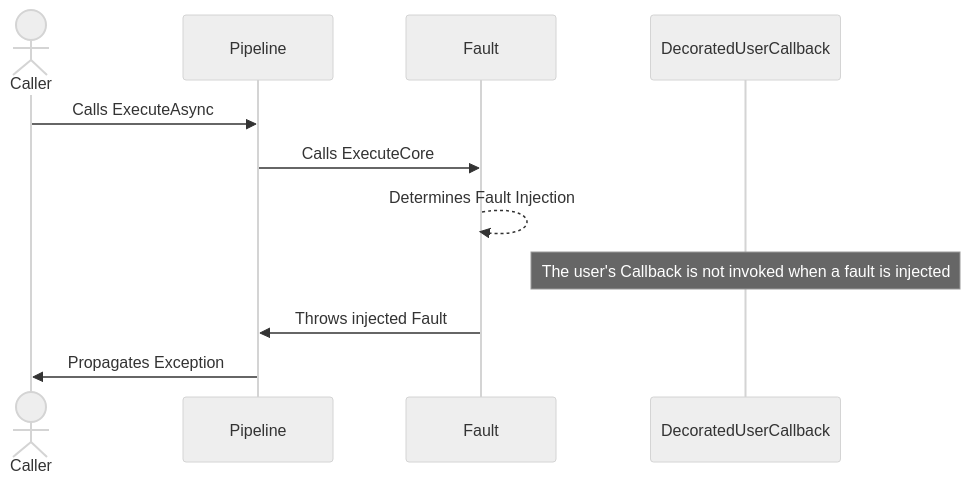
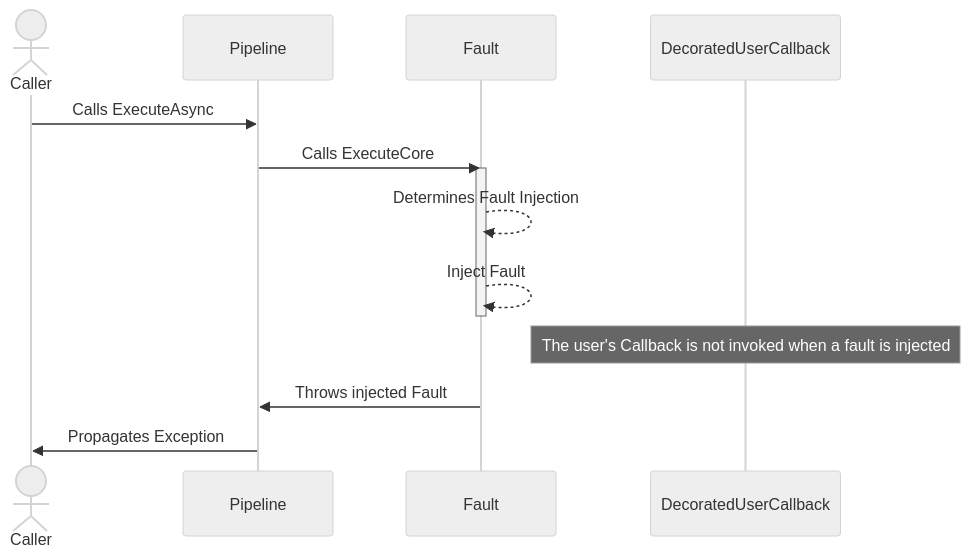
Before and after one commit to App-vNext/Polly: the second of 2 diagrams in docs/chaos/fault.md, drawn with Mermaid (neutral theme). The commit also changed other lines of this file and 2 other files, not shown here.

````diff
--- a/docs/chaos/fault.md
+++ b/docs/chaos/fault.md
@@ -120,14 +123,17 @@
 ```mermaid
 sequenceDiagram
     actor C as Caller
     participant P as Pipeline
     participant F as Fault
     participant D as DecoratedUserCallback
 
     C->>P: Calls ExecuteAsync
     P->>F: Calls ExecuteCore
+    activate F
     F-->>F: Determines Fault Injection
+    F-->>F: Inject Fault
+    deactivate F
     Note over D: The user's Callback is not invoked when a fault is injected
     F->>P: Throws injected Fault
     P->>C: Propagates Exception
 ```
````
